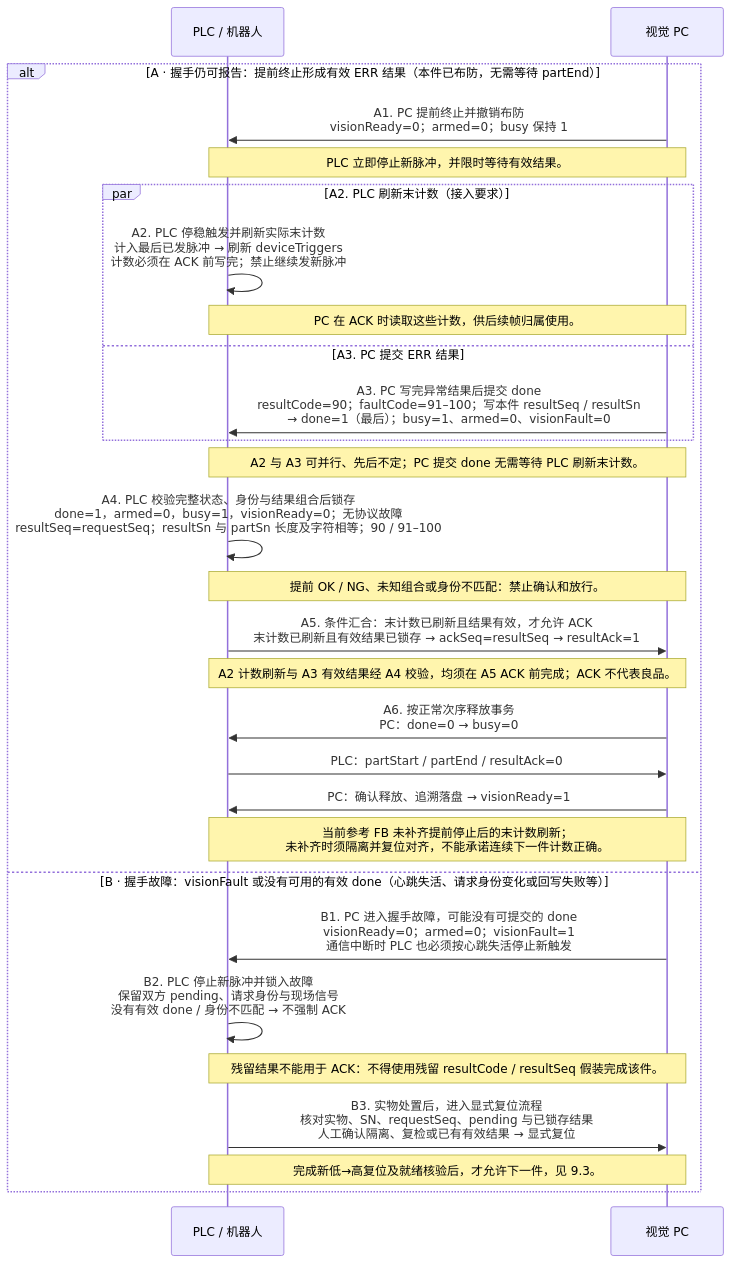
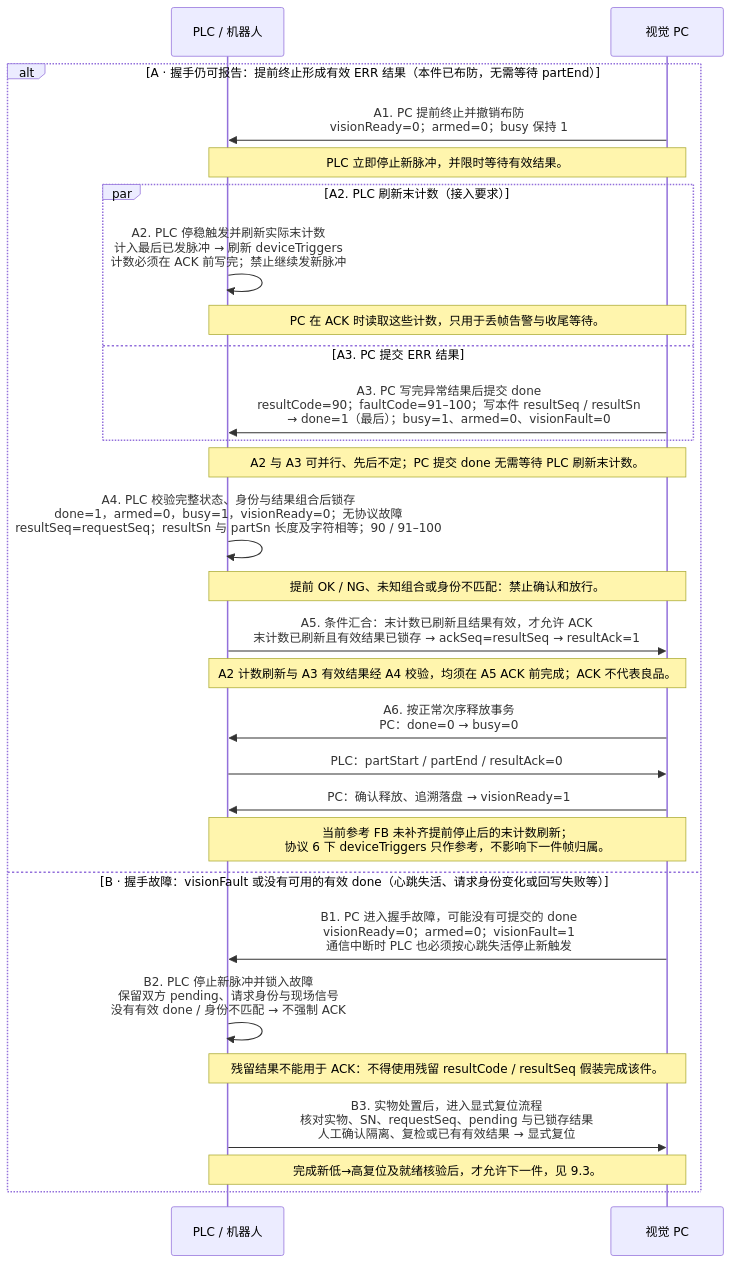
The second of 3 diagrams in docs/integration/plc-communication-protocol.md (liangyuR/ly-gluesight), drawn with Mermaid before and after one commit. The commit also changed other lines of this file and 9 other files, not shown here.

````diff
--- a/docs/integration/plc-communication-protocol.md
+++ b/docs/integration/plc-communication-protocol.md
@@ -294,31 +317,31 @@
 ```mermaid
 sequenceDiagram
     participant PLC as PLC / 机器人
     participant PC as 视觉 PC
 
     alt A · 握手仍可报告：提前终止形成有效 ERR 结果（本件已布防，无需等待 partEnd）
         PC->>PLC: A1. PC 提前终止并撤销布防<br/>visionReady=0；armed=0；busy 保持 1
         Note over PLC,PC: PLC 立即停止新脉冲，并限时等待有效结果。
         par A2. PLC 刷新末计数（接入要求）
             PLC->>PLC: A2. PLC 停稳触发并刷新实际末计数<br/>计入最后已发脉冲 → 刷新 deviceTriggers<br/>计数必须在 ACK 前写完；禁止继续发新脉冲
-            Note over PLC,PC: PC 在 ACK 时读取这些计数，供后续帧归属使用。
+            Note over PLC,PC: PC 在 ACK 时读取这些计数，只用于丢帧告警与收尾等待。
         and A3. PC 提交 ERR 结果
             PC->>PLC: A3. PC 写完异常结果后提交 done<br/>resultCode=90；faultCode=91–100；写本件 resultSeq / resultSn<br/>→ done=1（最后）；busy=1、armed=0、visionFault=0
         end
         Note over PLC,PC: A2 与 A3 可并行、先后不定；PC 提交 done 无需等待 PLC 刷新末计数。
         PLC->>PLC: A4. PLC 校验完整状态、身份与结果组合后锁存<br/>done=1，armed=0，busy=1，visionReady=0；无协议故障<br/>resultSeq=requestSeq；resultSn 与 partSn 长度及字符相等；90 / 91–100
         Note over PLC,PC: 提前 OK / NG、未知组合或身份不匹配：禁止确认和放行。
         PLC->>PC: A5. 条件汇合：末计数已刷新且结果有效，才允许 ACK<br/>末计数已刷新且有效结果已锁存 → ackSeq=resultSeq → resultAck=1
         Note over PLC,PC: A2 计数刷新与 A3 有效结果经 A4 校验，均须在 A5 ACK 前完成；ACK 不代表良品。
         PC->>PLC: A6. 按正常次序释放事务<br/>PC：done=0 → busy=0
         PLC->>PC: PLC：partStart / partEnd / resultAck=0
         PC->>PLC: PC：确认释放、追溯落盘 → visionReady=1
-        Note over PLC,PC: 当前参考 FB 未补齐提前停止后的末计数刷新；<br/>未补齐时须隔离并复位对齐，不能承诺连续下一件计数正确。
+        Note over PLC,PC: 当前参考 FB 未补齐提前停止后的末计数刷新；<br/>协议 6 下 deviceTriggers 只作参考，不影响下一件帧归属。
     else B · 握手故障：visionFault 或没有可用的有效 done（心跳失活、请求身份变化或回写失败等）
         PC->>PLC: B1. PC 进入握手故障，可能没有可提交的 done<br/>visionReady=0；armed=0；visionFault=1<br/>通信中断时 PLC 也必须按心跳失活停止新触发
         PLC->>PLC: B2. PLC 停止新脉冲并锁入故障<br/>保留双方 pending、请求身份与现场信号<br/>没有有效 done / 身份不匹配 → 不强制 ACK
         Note over PLC,PC: 残留结果不能用于 ACK：不得使用残留 resultCode / resultSeq 假装完成该件。
         PLC->>PC: B3. 实物处置后，进入显式复位流程<br/>核对实物、SN、requestSeq、pending 与已锁存结果<br/>人工确认隔离、复检或已有有效结果 → 显式复位
         Note over PLC,PC: 完成新低→高复位及就绪核验后，才允许下一件，见 9.3。
     end
 ```
````
